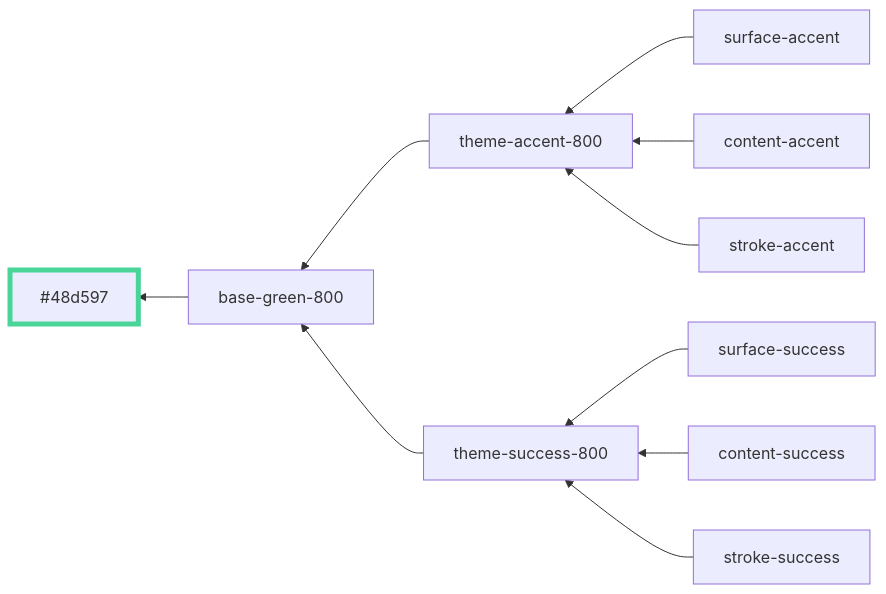
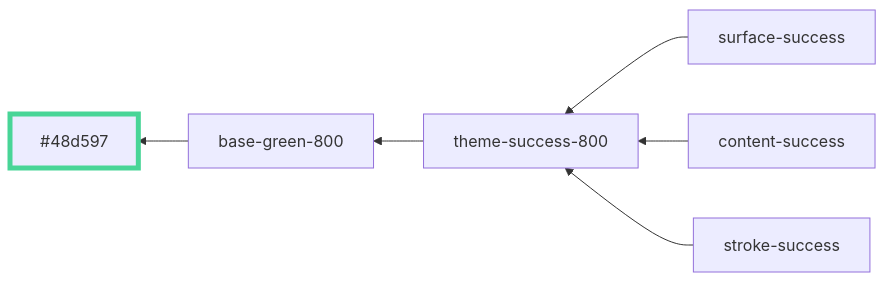
One commit to oxidecomputer/design-system changed the eighth of 51 diagrams in styles/dist/red.md. Above: the diagram before and after it, drawn with Mermaid. The commit also changed other lines of this file and 2 other files, not shown here.

Commit message:
Fix red theme

````diff
--- a/styles/dist/red.md
+++ b/styles/dist/red.md
@@ -105,14 +84,10 @@
 ```mermaid
 graph RL
   base-green-800 --> #48d597:::base-green-800
-  surface-accent --> theme-accent-800
   surface-success --> theme-success-800
-  content-accent --> theme-accent-800
   content-success --> theme-success-800
-  stroke-accent --> theme-accent-800
   stroke-success --> theme-success-800
-  theme-accent-800 --> base-green-800
   theme-success-800 --> base-green-800
 
 	classDef base-green-800 stroke-width:5,stroke:#48d597
 ```
````
